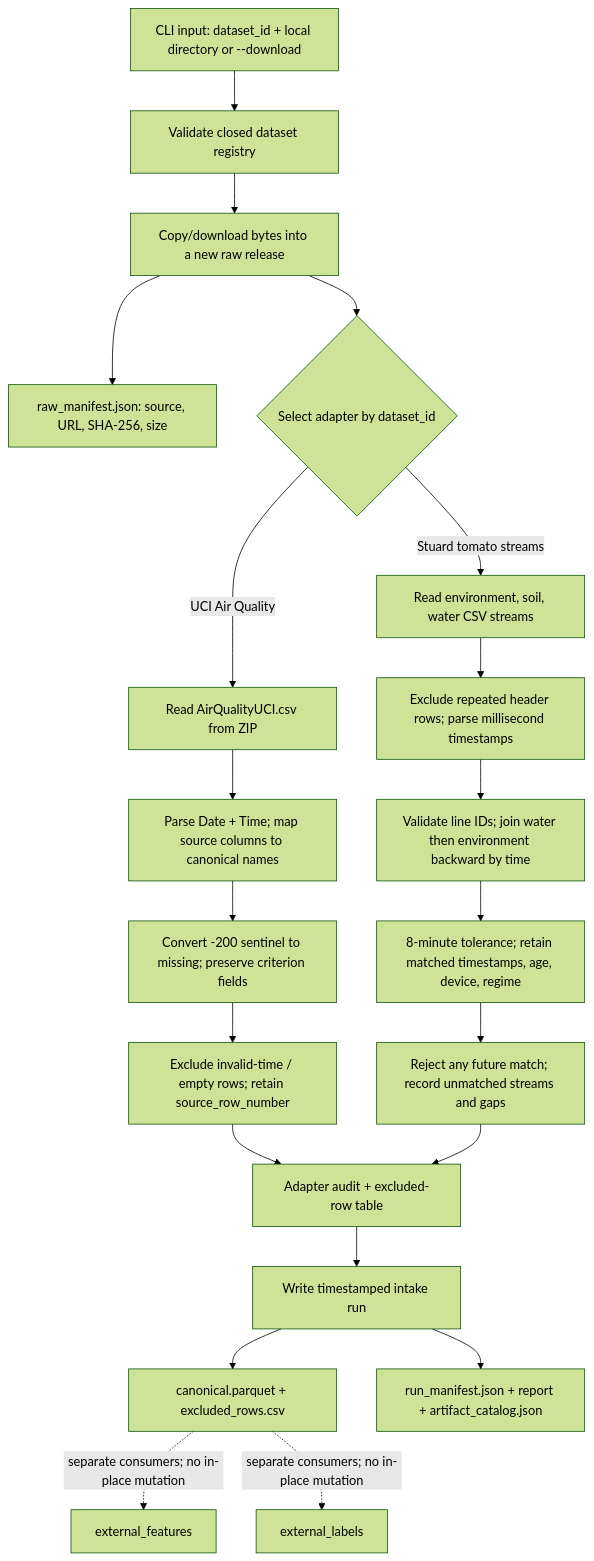
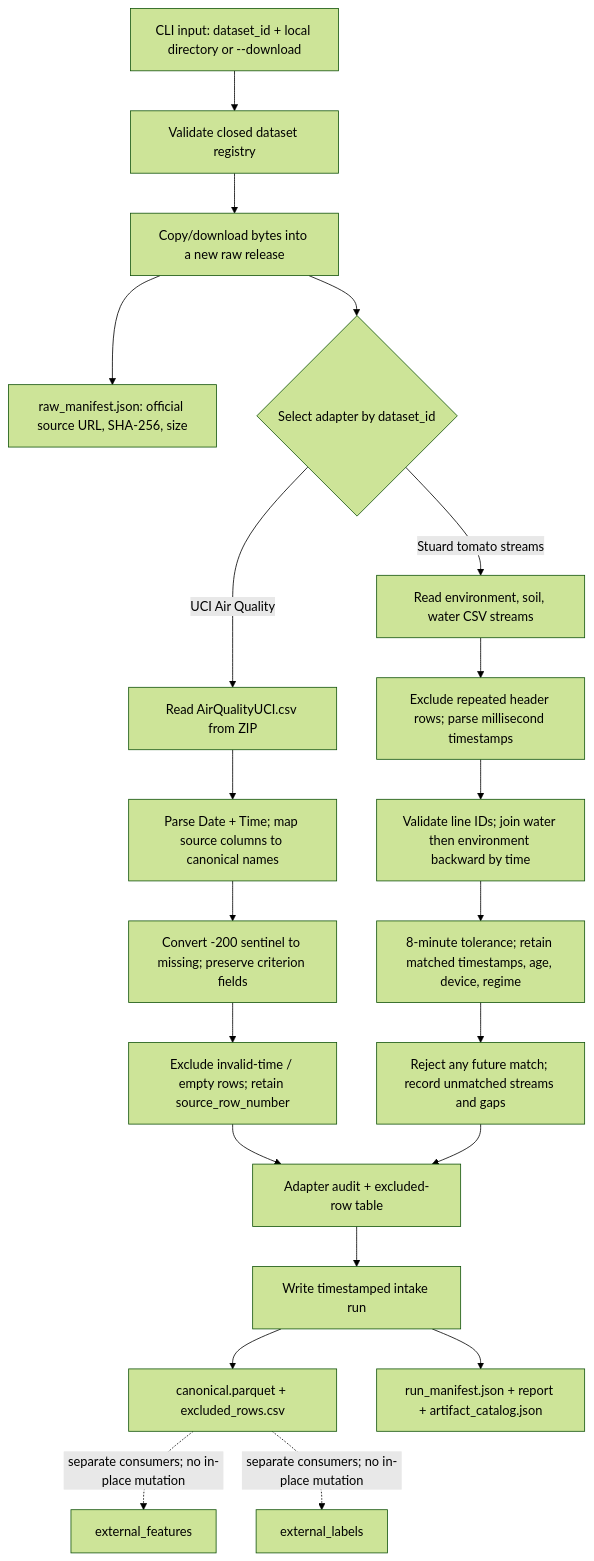
The diagram in Backend/Benchmark/external_intake/FLOW.md (lawnguyenit/AgriFusion-IoT), drawn with Mermaid (forest theme) before and after one commit. The commit also changed other lines of this file and 10 other files, not shown here.

````diff
--- a/Backend/Benchmark/external_intake/FLOW.md
+++ b/Backend/Benchmark/external_intake/FLOW.md
@@ -5,26 +5,26 @@
 ```mermaid
 flowchart TD
     A["CLI input: dataset_id + local directory or --download"] --> B["Validate closed dataset registry"]
     B --> C["Copy/download bytes into a new raw release"]
-    C --> D["raw_manifest.json: source, URL, SHA-256, size"]
+    C --> D["raw_manifest.json: official source URL, SHA-256, size"]
     C --> E{"Select adapter by dataset_id"}
 
     E -->|"UCI Air Quality"| U1["Read AirQualityUCI.csv from ZIP"]
     U1 --> U2["Parse Date + Time; map source columns to canonical names"]
     U2 --> U3["Convert -200 sentinel to missing; preserve criterion fields"]
     U3 --> U4["Exclude invalid-time / empty rows; retain source_row_number"]
 
     E -->|"Stuard tomato streams"| S1["Read environment, soil, water CSV streams"]
     S1 --> S2["Exclude repeated header rows; parse millisecond timestamps"]
     S2 --> S3["Validate line IDs; join water then environment backward by time"]
     S3 --> S4["8-minute tolerance; retain matched timestamps, age, device, regime"]
     S4 --> S5["Reject any future match; record unmatched streams and gaps"]
 
     U4 --> F["Adapter audit + excluded-row table"]
     S5 --> F
     F --> G["Write timestamped intake run"]
     G --> H["canonical.parquet + excluded_rows.csv"]
     G --> I["run_manifest.json + report + artifact_catalog.json"]
     H -. "separate consumers; no in-place mutation" .-> J["external_features"]
     H -. "separate consumers; no in-place mutation" .-> K["external_labels"]
 ```
````
